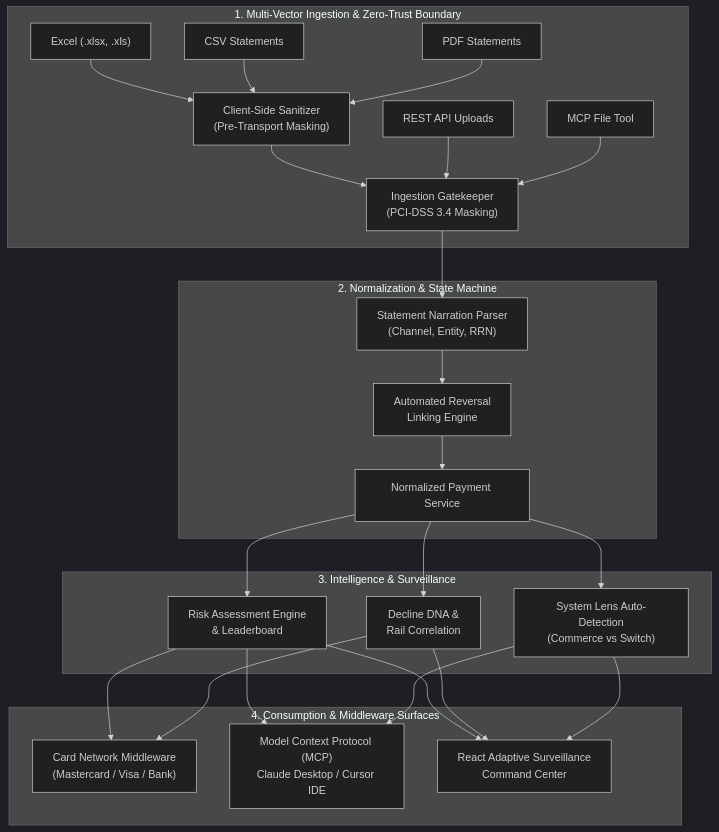
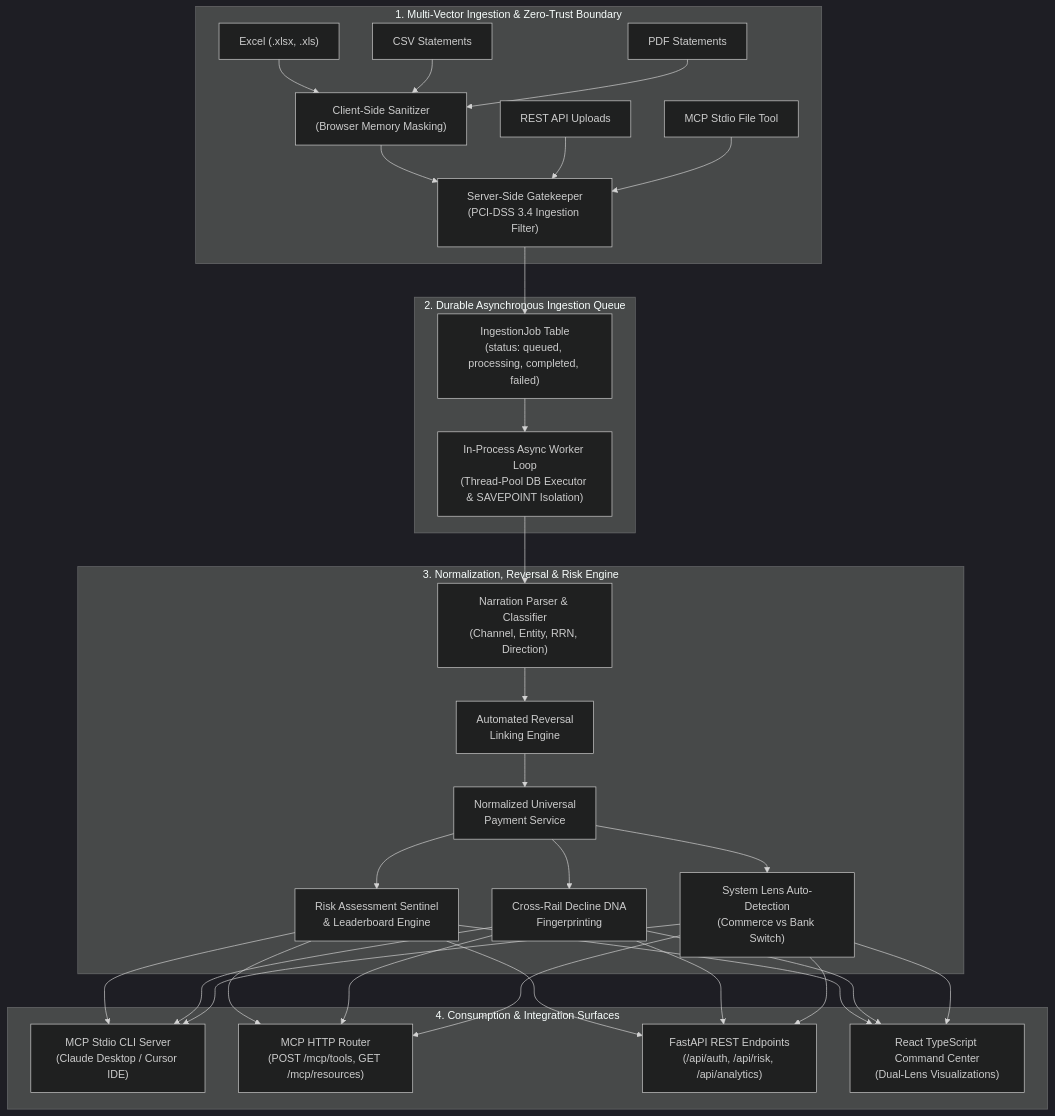
The first of 4 diagrams in MASTER_SPECIFICATION.md (Ruturaj-jawale/commerce-buzz), drawn with Mermaid (dark theme) before and after one commit. The commit also changed other lines of this file and 8 other files, not shown here.

Commit message:
feat: add payment rail volume donut, cumulative liquidity trajectory, reversal flow chart, and database backfill for banking analytics

````diff
--- a/MASTER_SPECIFICATION.md
+++ b/MASTER_SPECIFICATION.md
@@ -93,41 +66,44 @@
 ```mermaid
 flowchart TD
     subgraph Ingestion["1. Multi-Vector Ingestion & Zero-Trust Boundary"]
         F1["Excel (.xlsx, .xls)"]
         F2["CSV Statements"]
         F3["PDF Statements"]
         F4["REST API Uploads"]
-        F5["MCP File Tool"]
-        ClientSanitizer["Client-Side Sanitizer\n(Pre-Transport Masking)"]
-        ServerSanitizer["Ingestion Gatekeeper\n(PCI-DSS 3.4 Masking)"]
+        F5["MCP Stdio File Tool"]
+        ClientSanitizer["Client-Side Sanitizer\n(Browser Memory Masking)"]
+        ServerSanitizer["Server-Side Gatekeeper\n(PCI-DSS 3.4 Ingestion Filter)"]
     end
 
-    subgraph Normalization["2. Normalization & State Machine"]
-        Parser["Statement Narration Parser\n(Channel, Entity, RRN)"]
-        ReversalEngine["Automated Reversal\nLinking Engine"]
-        PaymentService["Normalized Payment Service"]
+    subgraph AsyncQueue["2. Durable Asynchronous Ingestion Queue"]
+        JobTable["IngestionJob Table\n(status: queued, processing, completed, failed)"]
+        Worker["In-Process Async Worker Loop\n(Thread-Pool DB Executor & SAVEPOINT Isolation)"]
     end
 
-    subgraph Analytics["3. Intelligence & Surveillance"]
-        RiskService["Risk Assessment Engine\n& Leaderboard"]
-        DeclineDNA["Decline DNA &\nRail Correlation"]
-        LensDetector["System Lens Auto-Detection\n(Commerce vs Switch)"]
+    subgraph CoreEngine["3. Normalization, Reversal & Risk Engine"]
+        Parser["Narration Parser & Classifier\n(Channel, Entity, RRN, Direction)"]
+        ReversalEngine["Automated Reversal\nLinking Engine"]
+        PaymentService["Normalized Universal\nPayment Service"]
+        RiskService["Risk Assessment Sentinel\n& Leaderboard Engine"]
+        DeclineDNA["Cross-Rail Decline DNA\nFingerprinting"]
+        LensDetector["System Lens Auto-Detection\n(Commerce vs Bank Switch)"]
     end
 
-    subgraph Consumers["4. Consumption & Middleware Surfaces"]
-        CardMiddleware["Card Network Middleware\n(Mastercard / Visa / Bank)"]
-        MCPRegistry["Model Context Protocol (MCP)\nClaude Desktop / Cursor IDE"]
-        Dashboard["React Adaptive Surveillance\nCommand Center"]
+    subgraph Interfaces["4. Consumption & Integration Surfaces"]
+        StdioMCP["MCP Stdio CLI Server\n(Claude Desktop / Cursor IDE)"]
+        HttpMCP["MCP HTTP Router\n(POST /mcp/tools, GET /mcp/resources)"]
+        RestAPI["FastAPI REST Endpoints\n(/api/auth, /api/risk, /api/analytics)"]
+        Dashboard["React TypeScript Command Center\n(Dual-Lens Visualizations)"]
     end
 
     F1 & F2 & F3 --> ClientSanitizer
     ClientSanitizer --> ServerSanitizer
     F4 & F5 --> ServerSanitizer
-    ServerSanitizer --> Parser
+    ServerSanitizer --> JobTable
+    JobTable --> Worker
+    Worker --> Parser
     Parser --> ReversalEngine
     ReversalEngine --> PaymentService
     PaymentService --> RiskService & DeclineDNA & LensDetector
-    RiskService --> CardMiddleware & MCPRegistry & Dashboard
-    DeclineDNA --> CardMiddleware & Dashboard
-    LensDetector --> Dashboard & MCPRegistry
+    RiskService & DeclineDNA & LensDetector --> StdioMCP & HttpMCP & RestAPI & Dashboard
 ```
````
